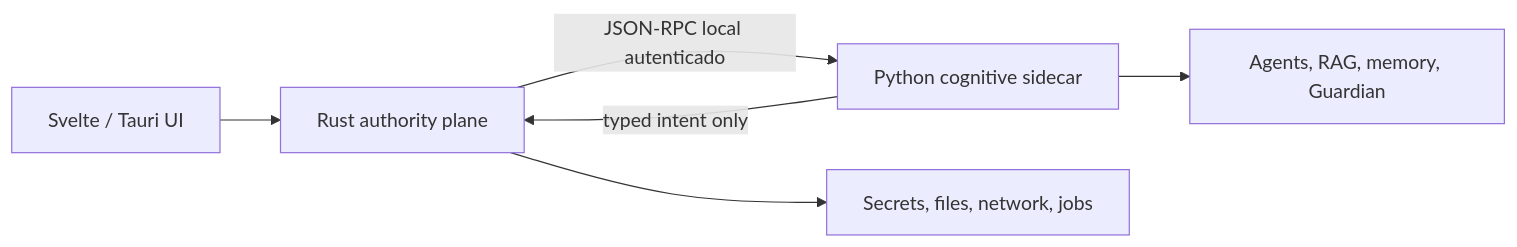
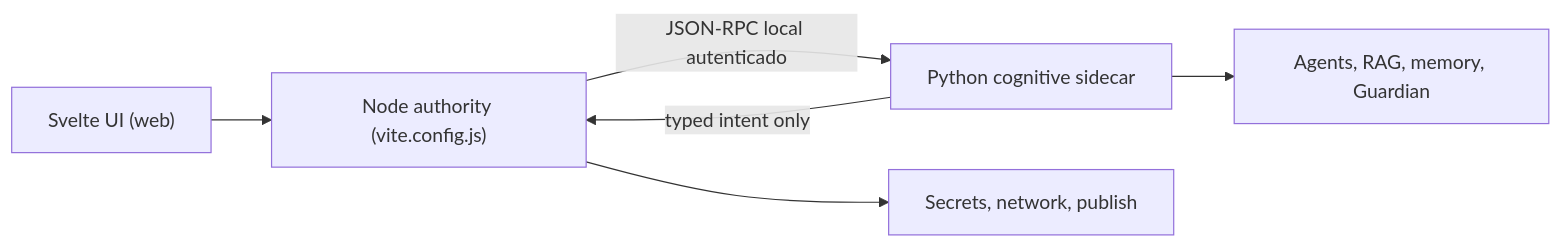
The diagram in docs/ARCHITECTURE.md (JFrangel/KRONARA), drawn with Mermaid before and after one commit. The commit also changed other lines of this file and 85 other files, not shown here.

First line of the commit message:
v0.8 Fase 4: web pura — se elimina Tauri/Rust + lanzador de doble-clic

````diff
--- a/docs/ARCHITECTURE.md
+++ b/docs/ARCHITECTURE.md
@@ -7,8 +16,8 @@
 ```mermaid
 flowchart LR
-  UI["Svelte / Tauri UI"] --> R["Rust authority plane"]
+  UI["Svelte UI (web)"] --> R["Node authority (vite.config.js)"]
   R -->|"JSON-RPC local autenticado"| P["Python cognitive sidecar"]
-  R --> S["Secrets, files, network, jobs"]
+  R --> S["Secrets, network, publish"]
   P --> M["Agents, RAG, memory, Guardian"]
   P -->|"typed intent only"| R
 ```
````
